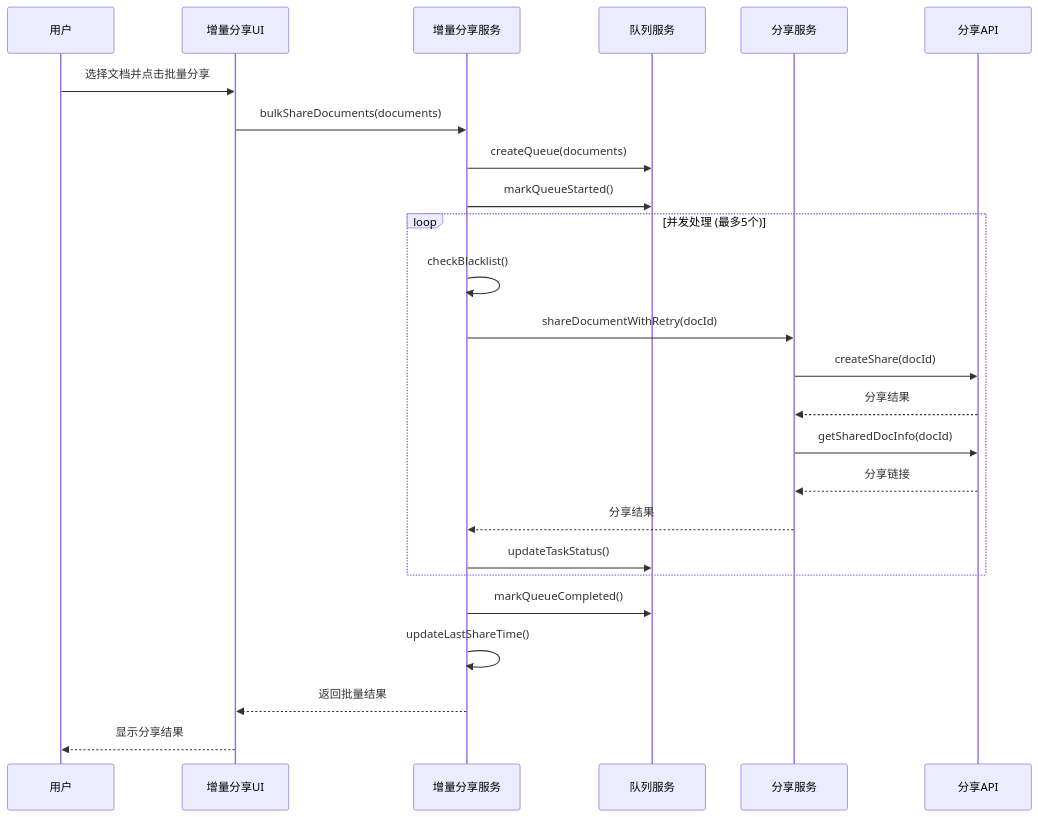
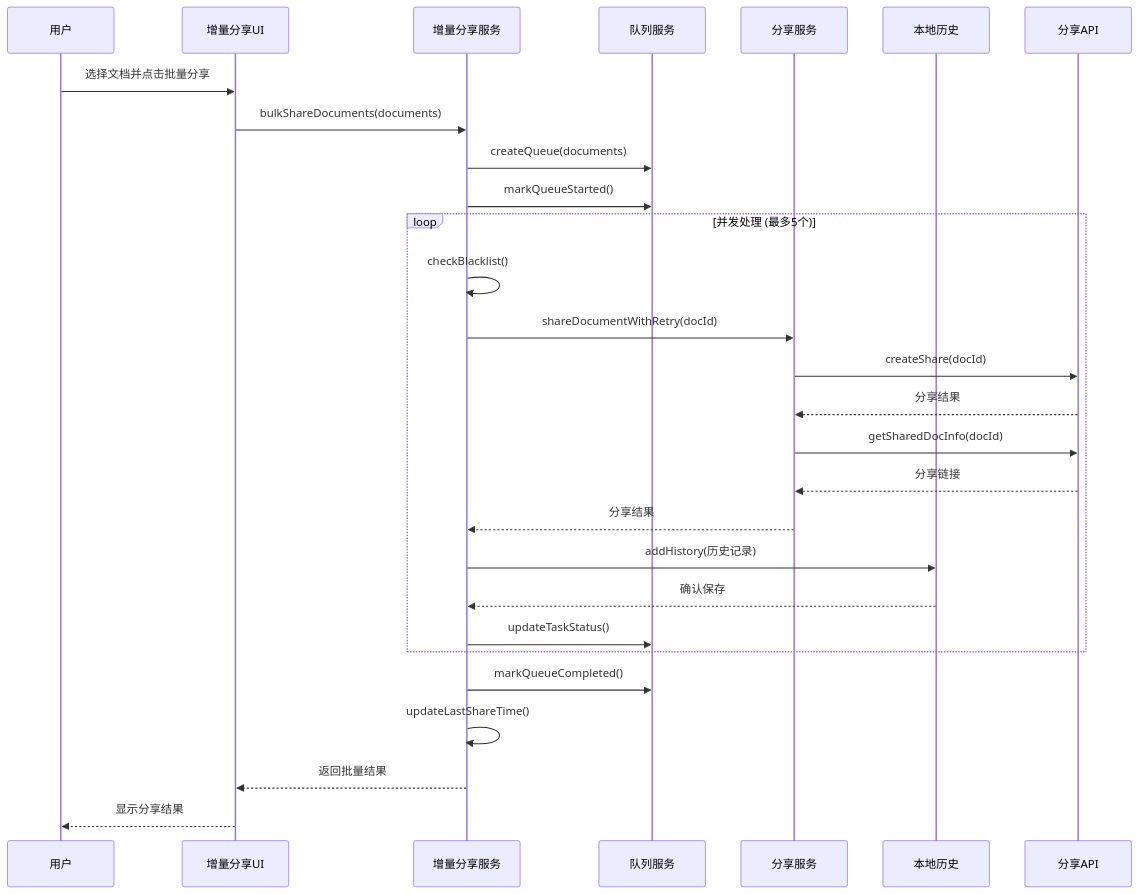
One commit to terwerinc/siyuan-plugin-share-pro changed the fourth of 7 diagrams in .qoder/repowiki/zh/content/增量分享规范.md. Above: the diagram before and after it, drawn with Mermaid. The commit also changed other lines of this file and 8 other files, not shown here.

````diff
--- a/.qoder/repowiki/zh/content/增量分享规范.md
+++ b/.qoder/repowiki/zh/content/增量分享规范.md
@@ -216,27 +255,30 @@
 ```mermaid
 sequenceDiagram
 participant User as 用户
 participant UI as 增量分享UI
 participant ISS as 增量分享服务
 participant SQS as 队列服务
 participant SDS as 分享服务
+participant LSH as 本地历史
 participant API as 分享API
 User->>UI : 选择文档并点击批量分享
 UI->>ISS : bulkShareDocuments(documents)
 ISS->>SQS : createQueue(documents)
 ISS->>SQS : markQueueStarted()
 loop 并发处理 (最多5个)
 ISS->>ISS : checkBlacklist()
 ISS->>SDS : shareDocumentWithRetry(docId)
 SDS->>API : createShare(docId)
 API-->>SDS : 分享结果
 SDS->>API : getSharedDocInfo(docId)
 API-->>SDS : 分享链接
 SDS-->>ISS : 分享结果
+ISS->>LSH : addHistory(历史记录)
+LSH-->>ISS : 确认保存
 ISS->>SQS : updateTaskStatus()
 end
 ISS->>SQS : markQueueCompleted()
 ISS->>ISS : updateLastShareTime()
 ISS-->>UI : 返回批量结果
 UI-->>User : 显示分享结果
 ```
````
